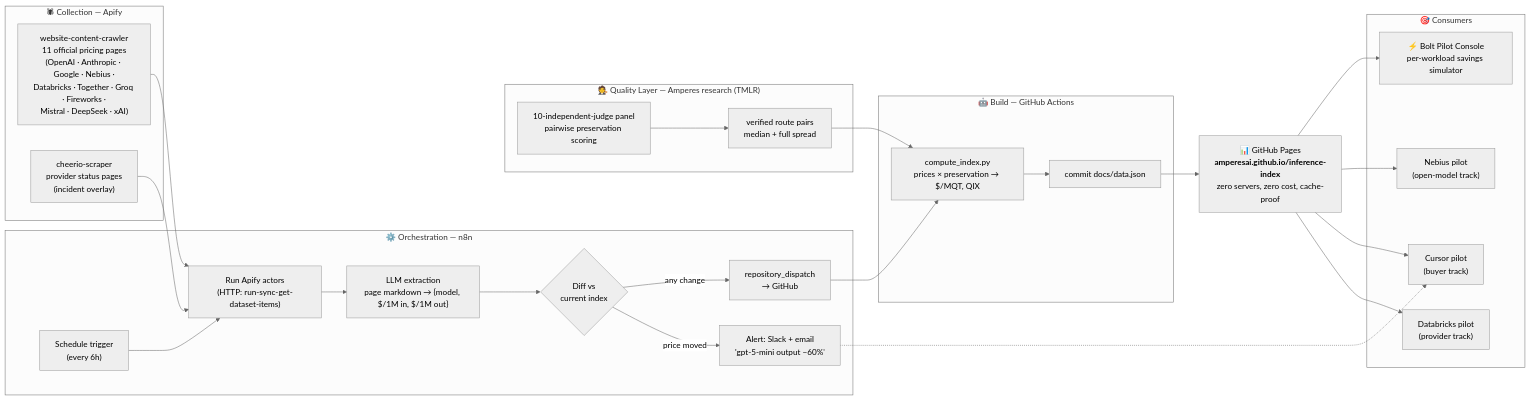
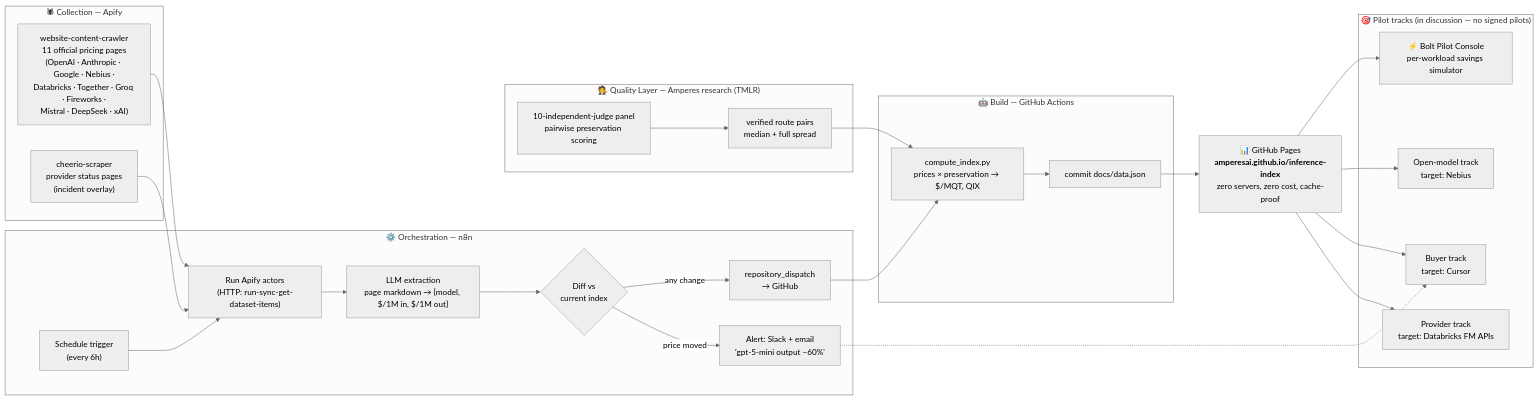
The first of 2 diagrams in README.md (AmperesAI/inference-index), drawn with Mermaid (neutral theme) before and after one commit. The commit also changed other lines of this file and 3 other files, not shown here.

````diff
--- a/README.md
+++ b/README.md
@@ -45,42 +45,42 @@
 ```mermaid
 flowchart LR
     subgraph APIFY["🕷 Collection — Apify"]
         A1["website-content-crawler<br/>11 official pricing pages<br/>(OpenAI · Anthropic · Google · Nebius ·<br/>Databricks · Together · Groq · Fireworks ·<br/>Mistral · DeepSeek · xAI)"]
         A2["cheerio-scraper<br/>provider status pages<br/>(incident overlay)"]
     end
 
     subgraph N8N["⚙️ Orchestration — n8n"]
         N1["Schedule trigger<br/>(every 6h)"] --> N2["Run Apify actors<br/>(HTTP: run-sync-get-dataset-items)"]
         N2 --> N3["LLM extraction<br/>page markdown → {model, $/1M in, $/1M out}"]
         N3 --> N4{"Diff vs<br/>current index"}
         N4 -- "price moved" --> N5["Alert: Slack + email<br/>'gpt-5-mini output −60%'"]
         N4 -- "any change" --> N6["repository_dispatch<br/>→ GitHub"]
     end
 
     subgraph QUALITY["🧑‍⚖️ Quality Layer — Amperes research (TMLR)"]
         Q1["10-independent-judge panel<br/>pairwise preservation scoring"]
         Q2["verified route pairs<br/>median + full spread"]
     end
 
     subgraph CI["🤖 Build — GitHub Actions"]
         G1["compute_index.py<br/>prices × preservation → $/MQT, QIX"]
         G2["commit docs/data.json"]
     end
 
     SITE["📊 GitHub Pages<br/><b>amperesai.github.io/inference-index</b><br/>zero servers, zero cost, cache-proof"]
 
-    subgraph CONSUMERS["🎯 Consumers"]
-        C1["Databricks pilot<br/>(provider track)"]
-        C2["Cursor pilot<br/>(buyer track)"]
-        C3["Nebius pilot<br/>(open-model track)"]
+    subgraph CONSUMERS["🎯 Pilot tracks (in discussion — no signed pilots)"]
+        C1["Provider track<br/>target: Databricks FM APIs"]
+        C2["Buyer track<br/>target: Cursor"]
+        C3["Open-model track<br/>target: Nebius"]
         B1["⚡ Bolt Pilot Console<br/>per-workload savings simulator"]
     end
 
     A1 --> N2
     A2 --> N2
     Q1 --> Q2 --> G1
     N6 --> G1 --> G2 --> SITE
     N5 -.-> C2
     SITE --> C1 & C2 & C3
     SITE --> B1
 ```
````
